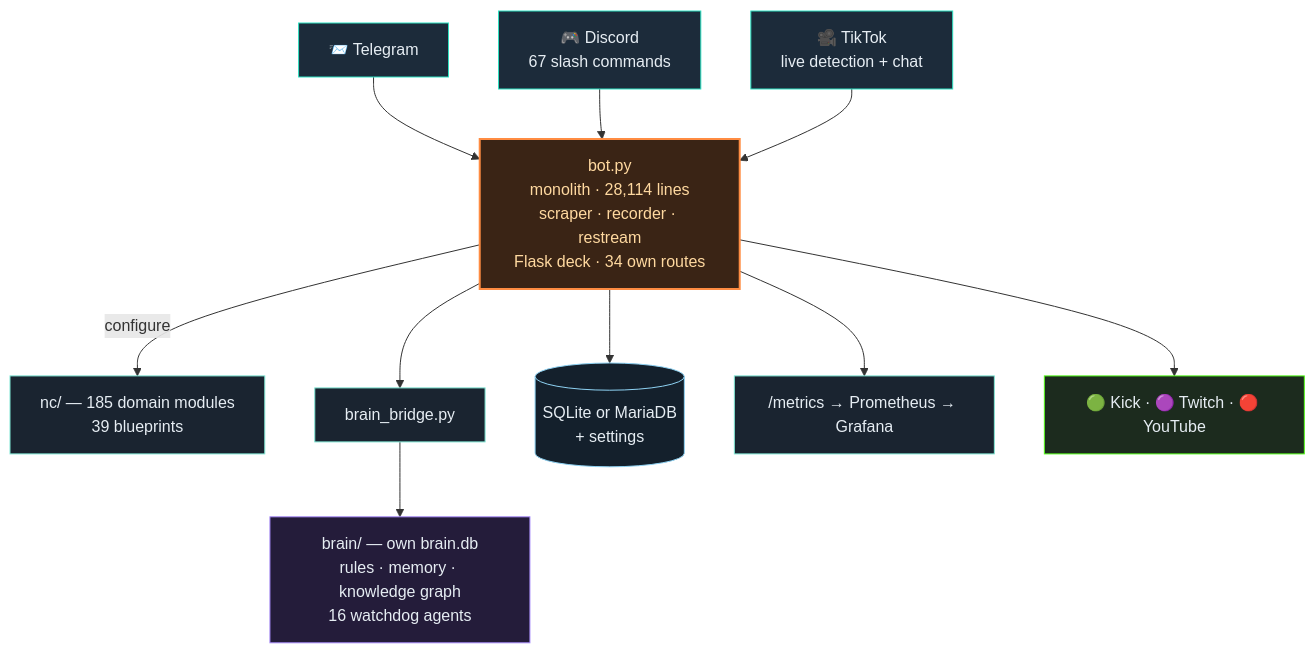
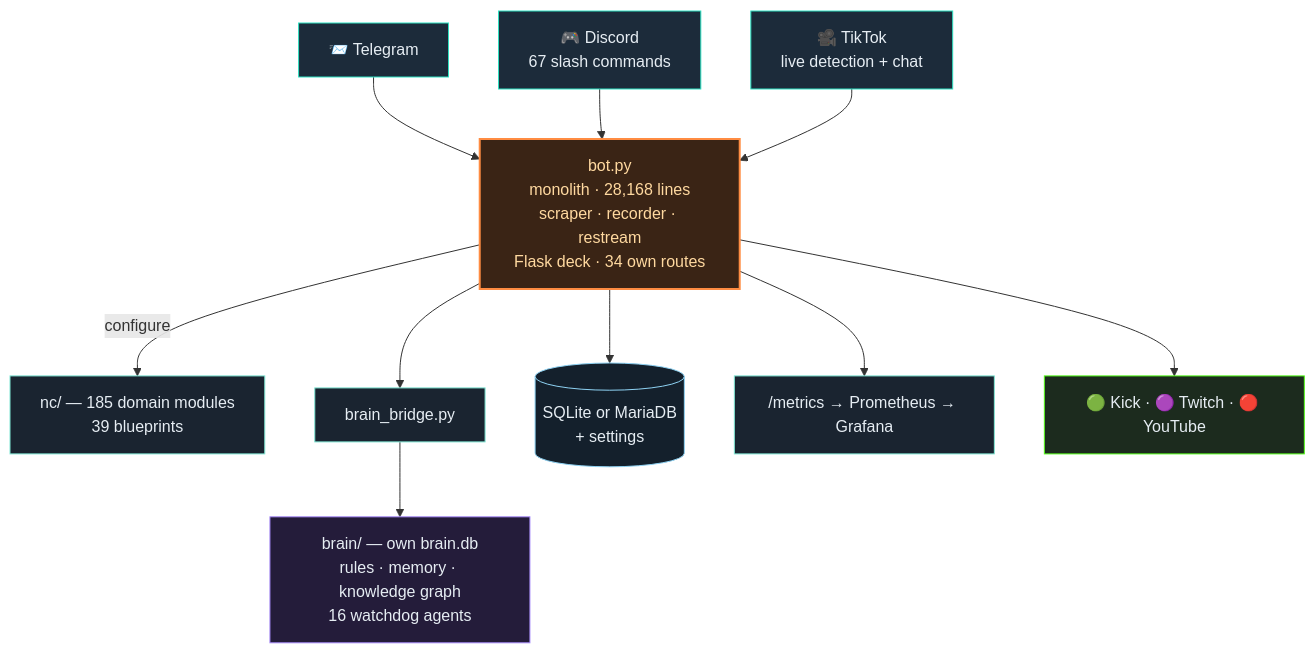
One commit to itsamemedev/Telegram-Stream-Info-Bot changed the second of 3 diagrams in README.en.md. Above: the diagram before and after it, drawn with Mermaid. The commit also changed other lines of this file and 18 other files, not shown here.

````diff
--- a/README.en.md
+++ b/README.en.md
@@ -119,19 +119,19 @@
 ```mermaid
 flowchart TB
     TG["📨 Telegram"]:::ein --> BOT
     DC["🎮 Discord<br/>67 slash commands"]:::ein --> BOT
     TT["🎥 TikTok<br/>live detection + chat"]:::ein --> BOT
-    BOT["bot.py<br/>monolith · 28,114 lines<br/>scraper · recorder · restream<br/>Flask deck · 34 own routes"]:::core
+    BOT["bot.py<br/>monolith · 28,168 lines<br/>scraper · recorder · restream<br/>Flask deck · 34 own routes"]:::core
     BOT -->|configure| NC["nc/ — 185 domain modules<br/>39 blueprints"]:::lib
     BOT --> BR["brain_bridge.py"]:::lib
     BR --> BRAIN["brain/ — own brain.db<br/>rules · memory · knowledge graph<br/>16 watchdog agents"]:::brain
     BOT --> DB[("SQLite or MariaDB<br/>+ settings")]:::db
     BOT --> PROM["/metrics → Prometheus → Grafana"]:::lib
     BOT --> OUT["🟢 Kick · 🟣 Twitch · 🔴 YouTube"]:::out
     classDef ein fill:#1c2b3a,stroke:#2de1c2,color:#e6edf3
     classDef core fill:#3a2415,stroke:#ff8c42,stroke-width:2px,color:#ffd9a0
     classDef lib fill:#1a2430,stroke:#7fe7d4,color:#e6edf3
     classDef brain fill:#241c3a,stroke:#a78bfa,color:#e6edf3
     classDef db fill:#14202c,stroke:#8fd3f4,color:#e6edf3
     classDef out fill:#1c2b1e,stroke:#53fc18,color:#e6edf3
 ```
````
